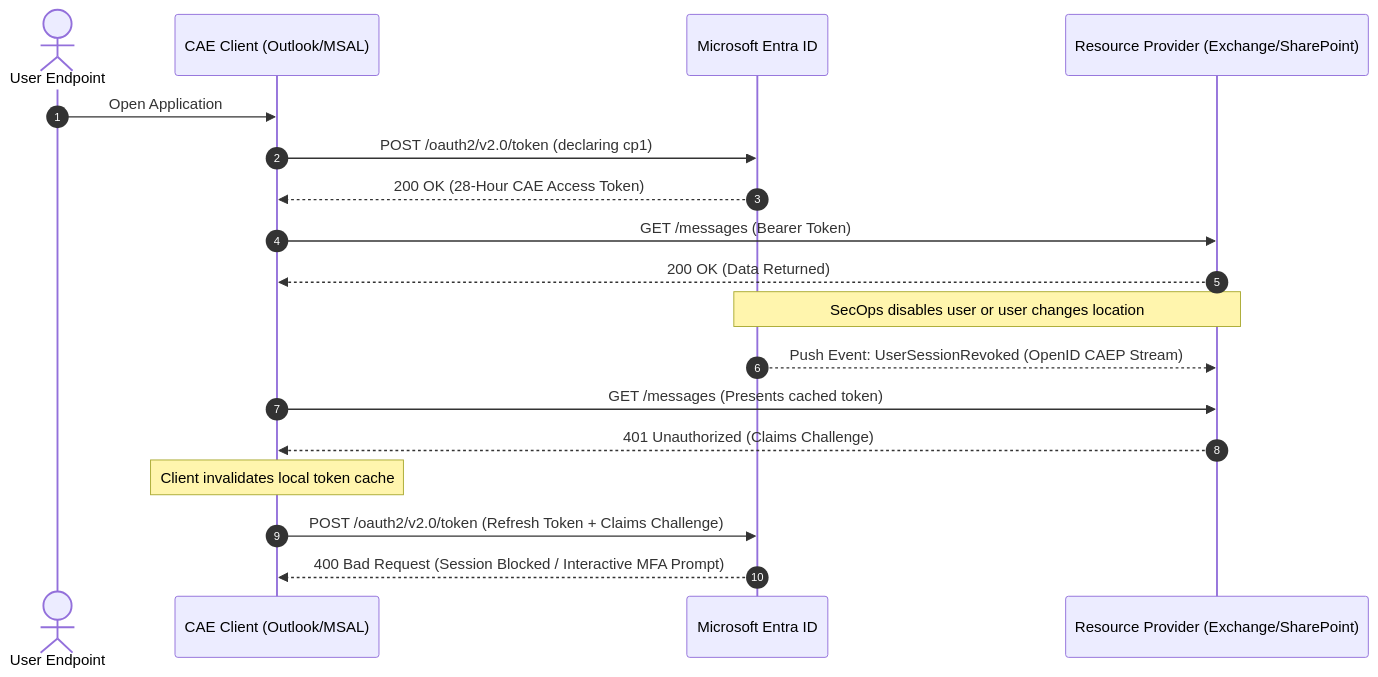
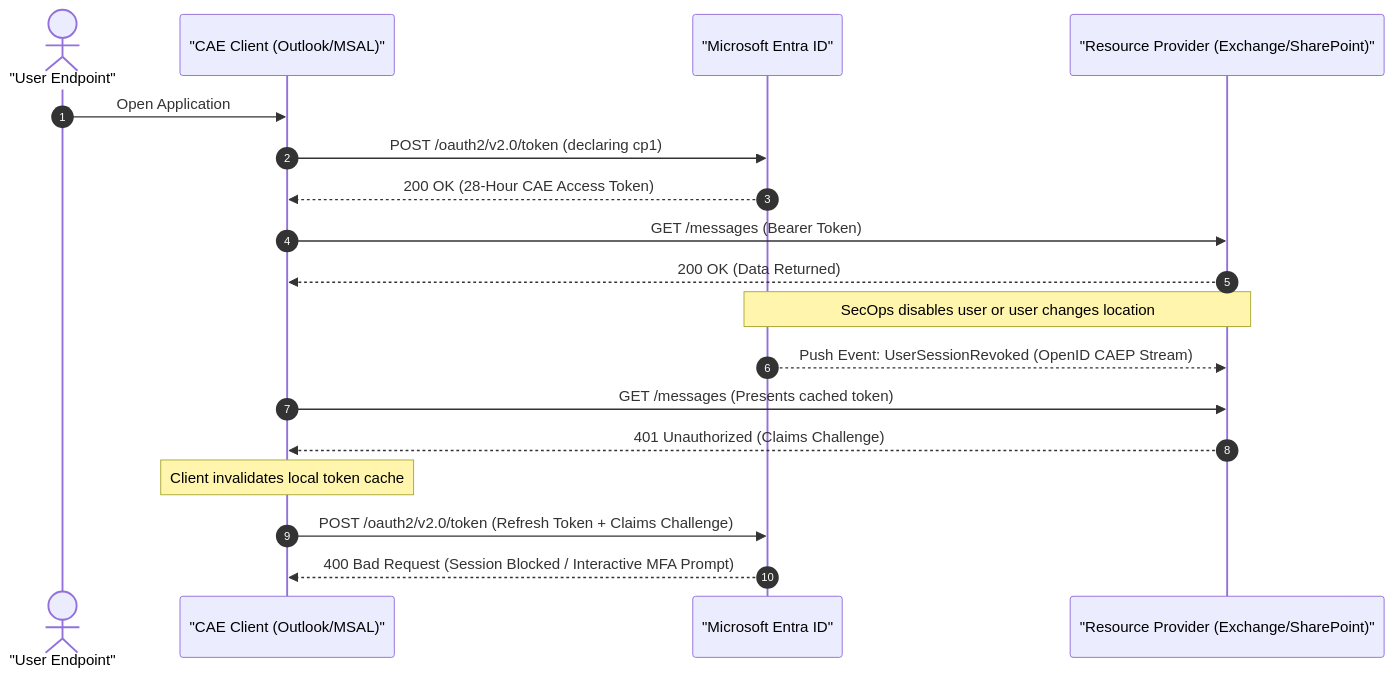
Before and after one commit to CloudByPascal/cloudbypascal.github.io: the second of 3 diagrams in content/posts/demystifying-continuous-access-evaluation.md, drawn with Mermaid. The commit also changed 2 other files, not shown here.

Commit message:
fix: use explicit mermaid.render per chart and quote sequence diagram aliases

````diff
--- a/content/posts/demystifying-continuous-access-evaluation.md
+++ b/content/posts/demystifying-continuous-access-evaluation.md
@@ -53,24 +53,24 @@
 ```mermaid
 sequenceDiagram
     autonumber
-    actor User as User Endpoint
-    participant Client as CAE Client (Outlook/MSAL)
-    participant Entra as Microsoft Entra ID
-    participant RP as Resource Provider (Exchange/SharePoint)
+    actor User as "User Endpoint"
+    participant Client as "CAE Client (Outlook/MSAL)"
+    participant Entra as "Microsoft Entra ID"
+    participant RP as "Resource Provider (Exchange/SharePoint)"
 
     User->>Client: Open Application
     Client->>Entra: POST /oauth2/v2.0/token (declaring cp1)
     Entra-->>Client: 200 OK (28-Hour CAE Access Token)
     Client->>RP: GET /messages (Bearer Token)
     RP-->>Client: 200 OK (Data Returned)
 
     Note over Entra, RP: SecOps disables user or user changes location
     Entra-->>RP: Push Event: UserSessionRevoked (OpenID CAEP Stream)
 
     Client->>RP: GET /messages (Presents cached token)
     RP-->>Client: 401 Unauthorized (Claims Challenge)
 
     Note over Client: Client invalidates local token cache
     Client->>Entra: POST /oauth2/v2.0/token (Refresh Token + Claims Challenge)
     Entra-->>Client: 400 Bad Request (Session Blocked / Interactive MFA Prompt)
 ```
````
